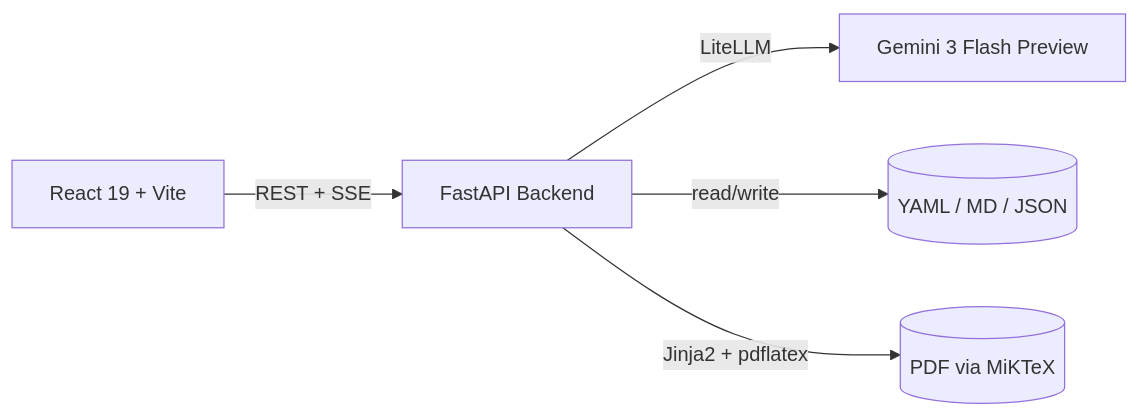
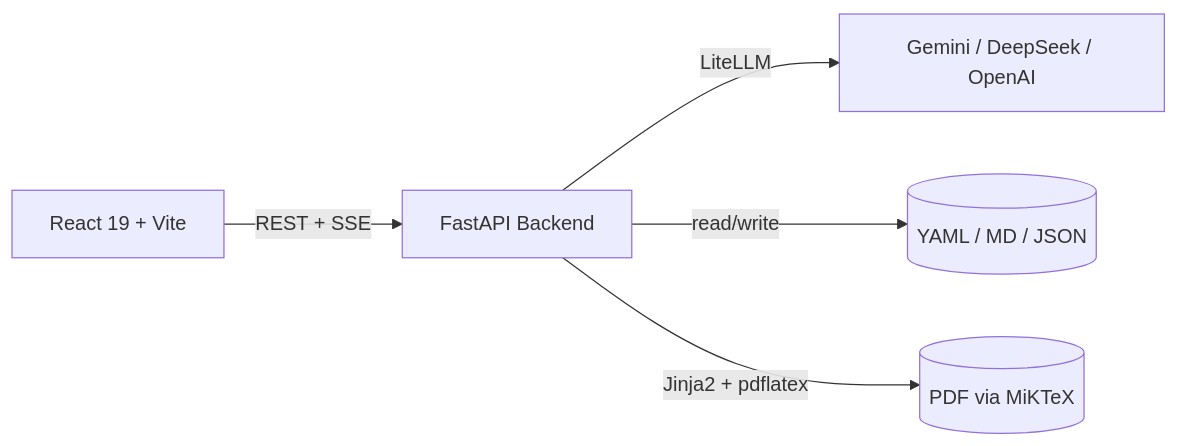
Before and after one commit to AdityaHegde712/ResumePipeline: the diagram in CODEBASE.md, drawn with Mermaid. The commit also changed other lines of this file and 1 other file, not shown here.

````diff
--- a/CODEBASE.md
+++ b/CODEBASE.md
@@ -19,7 +19,7 @@
 ```mermaid
 graph LR
     Frontend[React 19 + Vite] -->|REST + SSE| API[FastAPI Backend]
-    API -->|LiteLLM| LLM[Gemini 3 Flash Preview]
+    API -->|LiteLLM| LLM[Gemini / DeepSeek / OpenAI]
     API -->|read/write| Files[(YAML / MD / JSON)]
     API -->|Jinja2 + pdflatex| PDF[(PDF via MiKTeX)]
 ```
````
